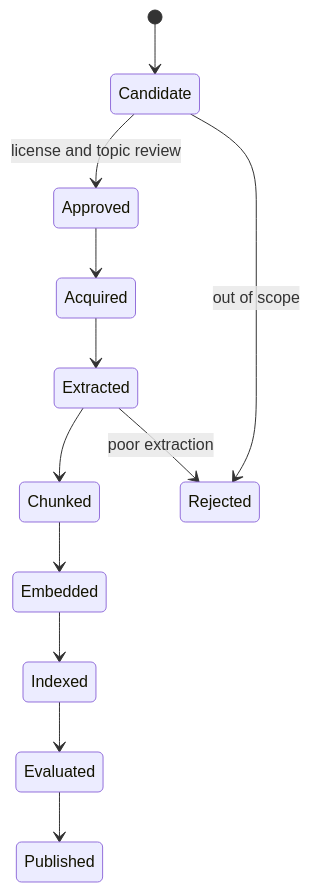
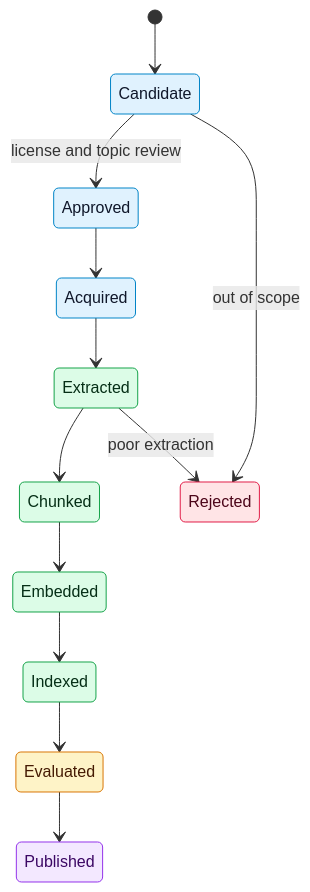
The diagram in docs/data/DOCUMENT_PROCESSING.md (bluefate/spacebio-evidence-engine), drawn with Mermaid before and after one commit. The commit also changed 24 other files, not shown here.

````diff
--- a/docs/data/DOCUMENT_PROCESSING.md
+++ b/docs/data/DOCUMENT_PROCESSING.md
@@ -13,14 +13,26 @@
 ```mermaid
 stateDiagram-v2
   [*] --> Candidate
   Candidate --> Approved: license and topic review
   Approved --> Acquired
   Acquired --> Extracted
   Extracted --> Chunked
   Chunked --> Embedded
   Embedded --> Indexed
   Indexed --> Evaluated
   Evaluated --> Published
   Extracted --> Rejected: poor extraction
   Candidate --> Rejected: out of scope
+
+  classDef intake fill:#E0F2FE,stroke:#0284C7,color:#0F172A
+  classDef processing fill:#DCFCE7,stroke:#16A34A,color:#052E16
+  classDef review fill:#FEF3C7,stroke:#D97706,color:#451A03
+  classDef terminal fill:#F3E8FF,stroke:#9333EA,color:#3B0764
+  classDef rejected fill:#FFE4E6,stroke:#E11D48,color:#4C0519
+
+  class Candidate,Approved,Acquired intake
+  class Extracted,Chunked,Embedded,Indexed processing
+  class Evaluated review
+  class Published terminal
+  class Rejected rejected
 ```
````
